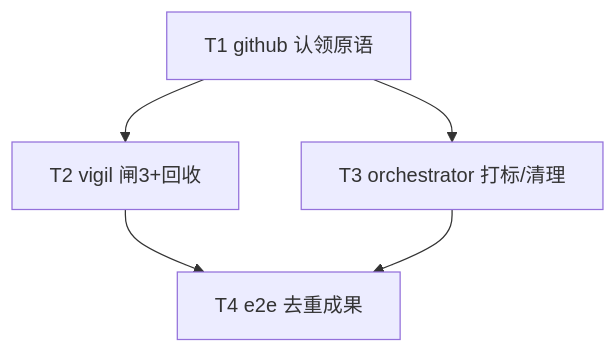
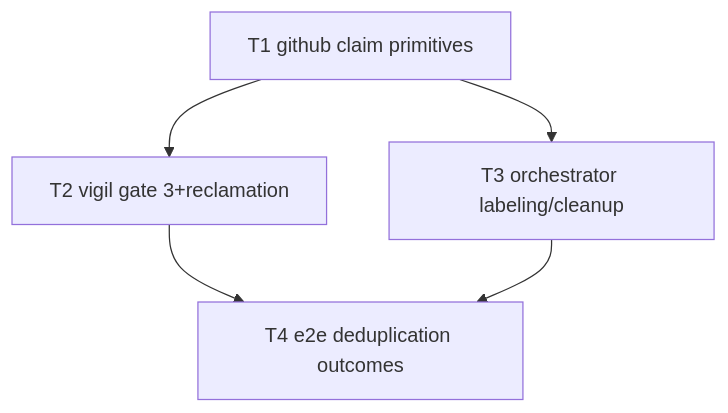
Before and after one commit to Curry09/OpenAgents: the diagram in docs/specs/0039-vigil-dispatch-claim-label.md, drawn with Mermaid. The commit also changed other lines of this file and 461 other files, not shown here.

````diff
--- a/docs/specs/0039-vigil-dispatch-claim-label.md
+++ b/docs/specs/0039-vigil-dispatch-claim-label.md
@@ -161,7 +161,7 @@
 ```mermaid
 graph TD
-  T1[T1 github 认领原语] --> T2[T2 vigil 闸3+回收]
-  T1 --> T3[T3 orchestrator 打标/清理]
-  T2 --> T4[T4 e2e 去重成果]
+  T1[T1 github claim primitives] --> T2[T2 vigil gate 3+reclamation]
+  T1 --> T3[T3 orchestrator labeling/cleanup]
+  T2 --> T4[T4 e2e deduplication outcomes]
   T3 --> T4
 ```
````
